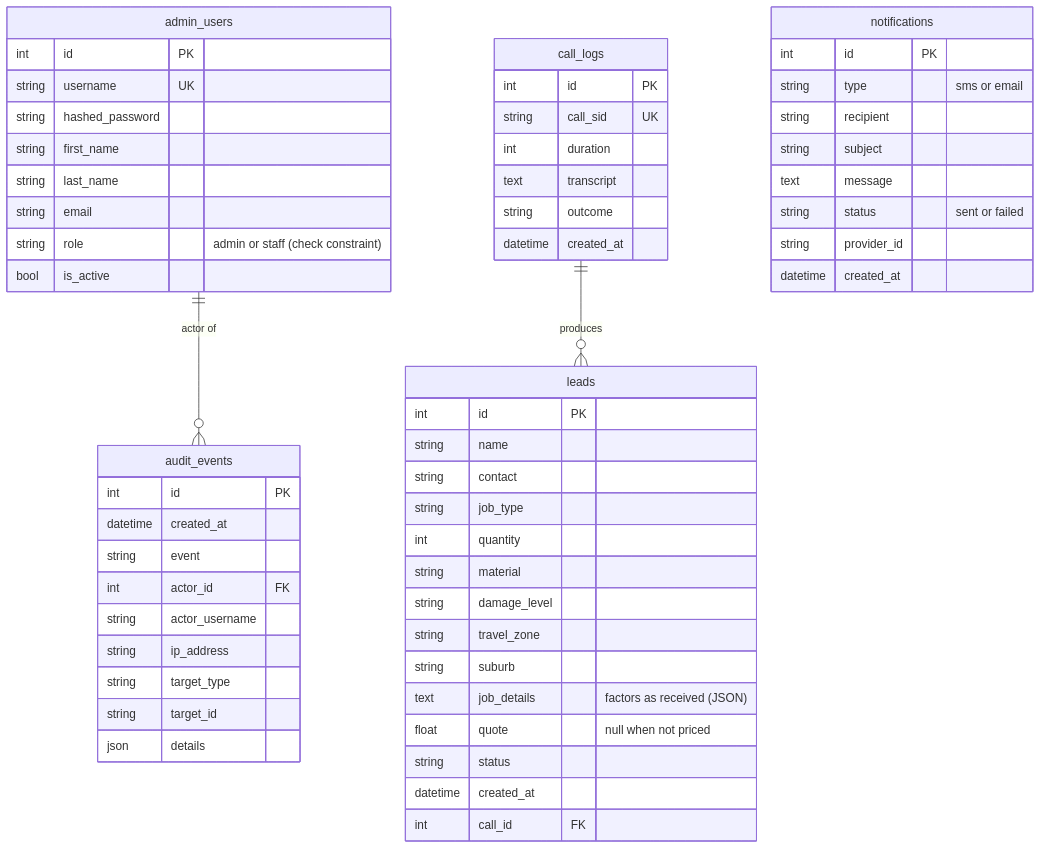
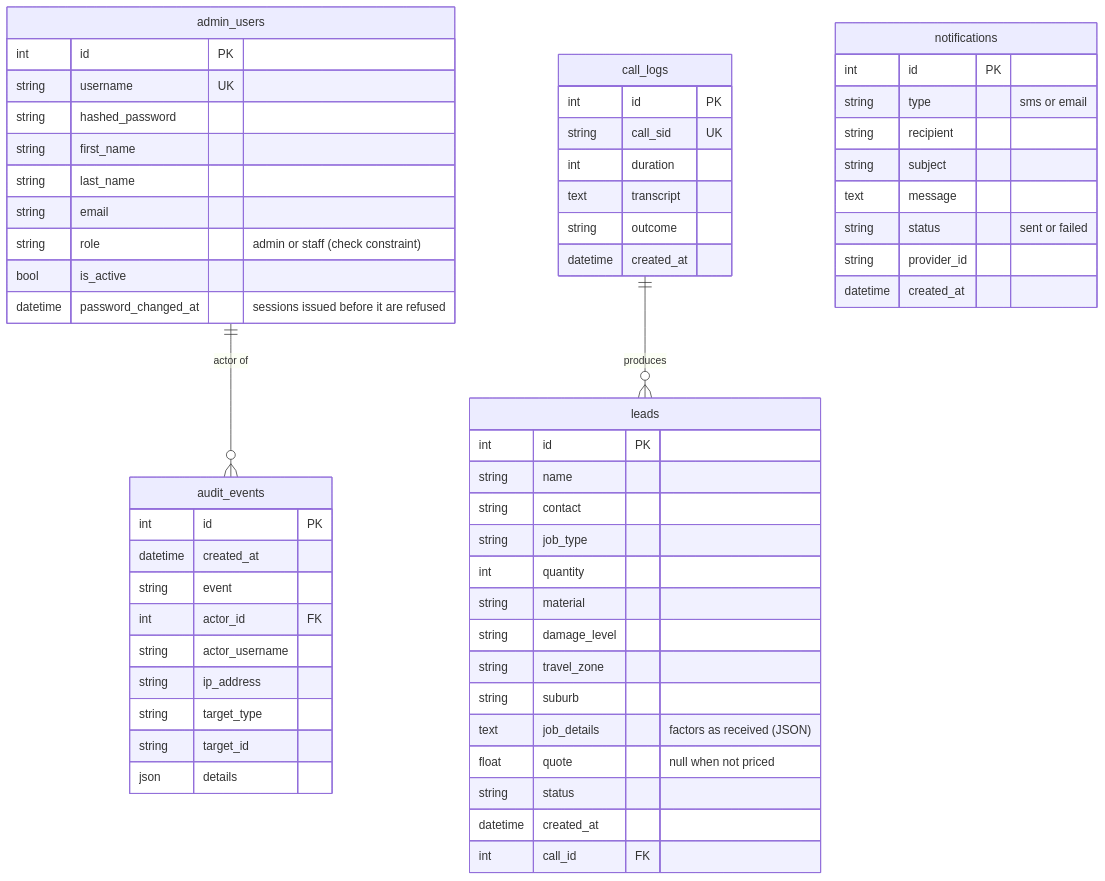
One commit to YandaTech/INSY7315-Renovo changed the second of 2 diagrams in docs/final-report.md. Above: the diagram before and after it, drawn with Mermaid. The commit also changed other lines of this file and 4 other files, not shown here.

````diff
--- a/docs/final-report.md
+++ b/docs/final-report.md
@@ -405,60 +407,61 @@
 ```mermaid
 erDiagram
     admin_users ||--o{ audit_events : "actor of"
     call_logs ||--o{ leads : "produces"
     admin_users {
         int id PK
         string username UK
         string hashed_password
         string first_name
         string last_name
         string email
         string role "admin or staff (check constraint)"
         bool is_active
+        datetime password_changed_at "sessions issued before it are refused"
     }
     call_logs {
         int id PK
         string call_sid UK
         int duration
         text transcript
         string outcome
         datetime created_at
     }
     leads {
         int id PK
         string name
         string contact
         string job_type
         int quantity
         string material
         string damage_level
         string travel_zone
         string suburb
         text job_details "factors as received (JSON)"
         float quote "null when not priced"
         string status
         datetime created_at
         int call_id FK
     }
     notifications {
         int id PK
         string type "sms or email"
         string recipient
         string subject
         text message
         string status "sent or failed"
         string provider_id
         datetime created_at
     }
     audit_events {
         int id PK
         datetime created_at
         string event
         int actor_id FK
         string actor_username
         string ip_address
         string target_type
         string target_id
         json details
     }
 ```
````
